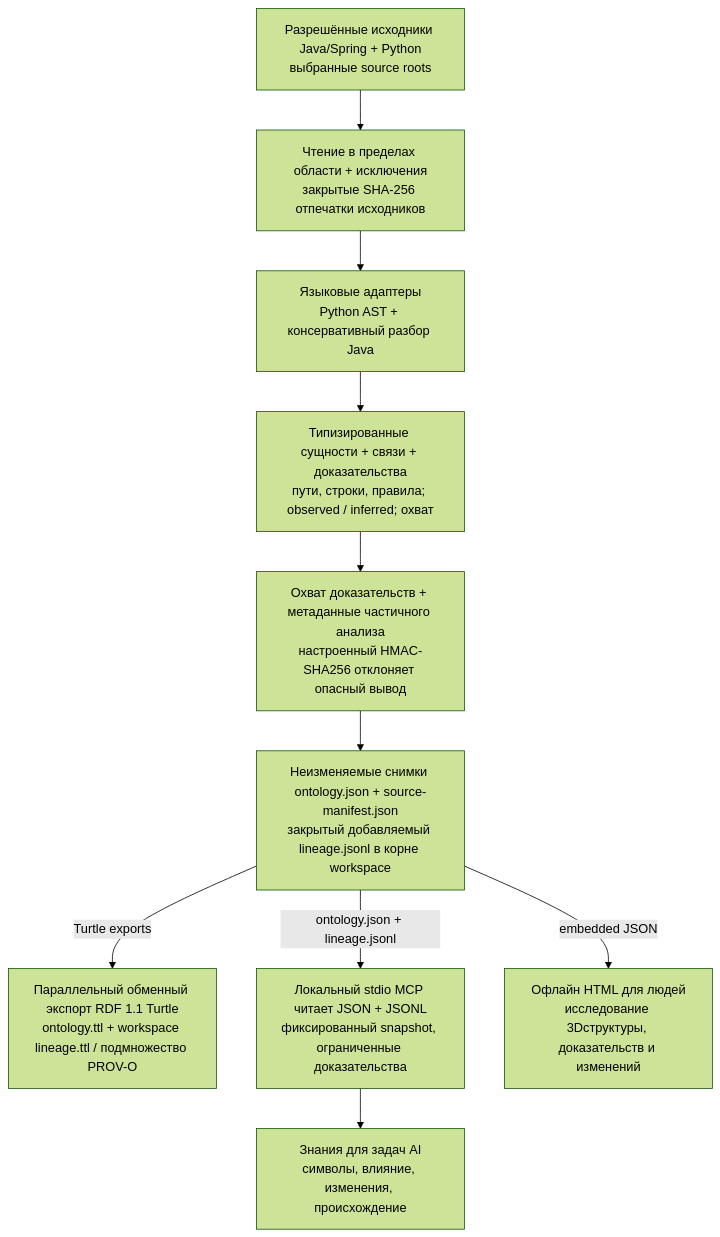
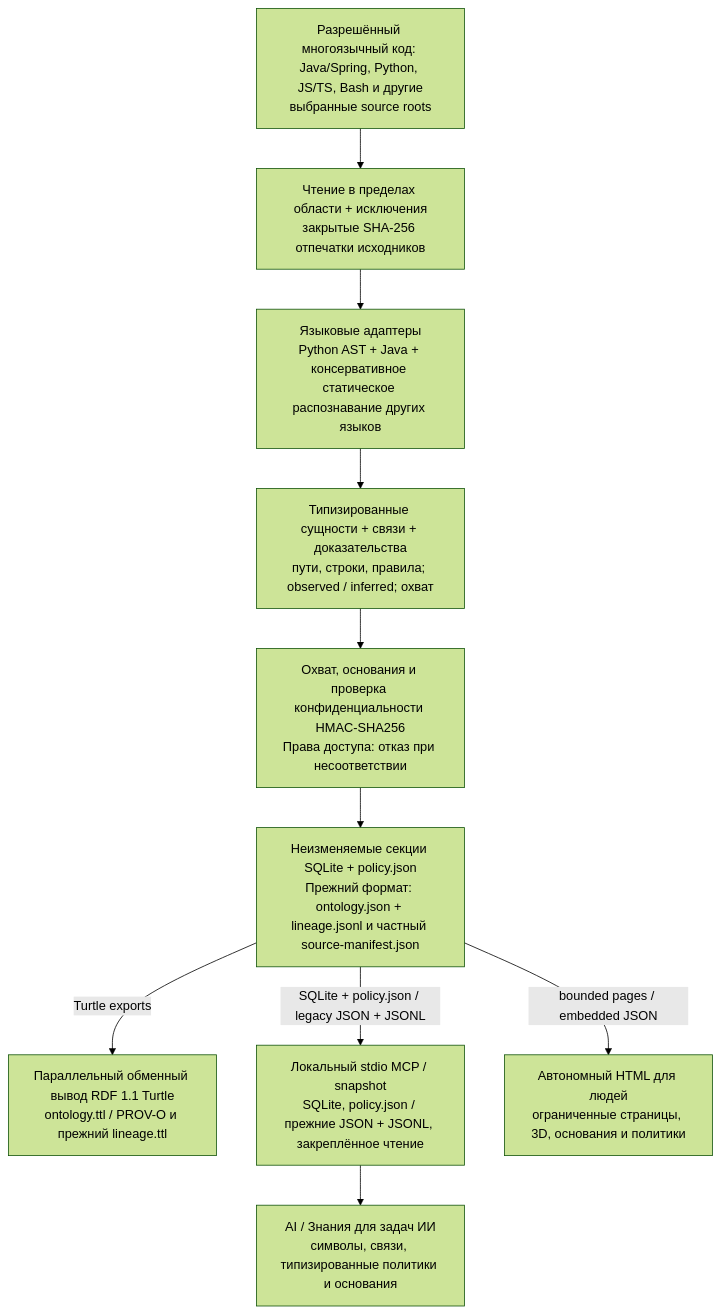
Before and after one commit to battle-doll/code-ontology-companion: the diagram in README.ru.md, drawn with Mermaid (forest theme). The commit also changed other lines of this file and 150 other files, not shown here.

Commit message:
Implement 0.9.0 bounded ontology pipeline and knowledge access controls

````diff
--- a/README.ru.md
+++ b/README.ru.md
@@ -23,22 +23,22 @@
 ```mermaid
 flowchart TB
-    source["Разрешённые исходники Java/Spring + Python<br/>выбранные source roots"]
+    source["Разрешённый многоязычный код: Java/Spring, Python, JS/TS, Bash и другие<br/>выбранные source roots"]
     scope["Чтение в пределах области + исключения<br/>закрытые SHA-256 отпечатки исходников"]
-    adapters["Языковые адаптеры<br/>Python AST + консервативный разбор Java"]
+    adapters["Языковые адаптеры<br/>Python AST + Java + консервативное статическое распознавание других языков"]
     evidence["Типизированные сущности + связи + доказательства<br/>пути, строки, правила; observed / inferred; охват"]
-    gate["Охват доказательств + метаданные частичного анализа<br/>настроенный HMAC-SHA256 отклоняет опасный вывод"]
-    snapshot["Неизменяемые снимки ontology.json + source-manifest.json<br/>закрытый добавляемый lineage.jsonl в корне workspace"]
-    rdf["Параллельный обменный экспорт RDF 1.1 Turtle<br/>ontology.ttl + workspace lineage.ttl / подмножество PROV-O"]
-    mcp["Локальный stdio MCP читает JSON + JSONL<br/>фиксированный snapshot, ограниченные доказательства"]
-    ai["Знания для задач AI<br/>символы, влияние, изменения, происхождение"]
-    human["Офлайн HTML для людей<br/>исследование 3Dструктуры, доказательств и изменений"]
+    gate["Охват, основания и проверка конфиденциальности HMAC-SHA256<br/>Права доступа: отказ при несоответствии"]
+    snapshot["Неизменяемые секции SQLite + policy.json<br/>Прежний формат: ontology.json + lineage.jsonl и частный source-manifest.json"]
+    rdf["Параллельный обменный вывод RDF 1.1 Turtle<br/>ontology.ttl / PROV-O и прежний lineage.ttl"]
+    mcp["Локальный stdio MCP / snapshot<br/>SQLite, policy.json / прежние JSON + JSONL, закреплённое чтение"]
+    ai["AI / Знания для задач ИИ<br/>символы, связи, типизированные политики и основания"]
+    human["Автономный HTML для людей<br/>ограниченные страницы, 3D, основания и политики"]
     source --> scope
     scope --> adapters
     adapters --> evidence
     evidence --> gate
     gate --> snapshot
     snapshot -->|Turtle exports| rdf
-    snapshot -->|ontology.json + lineage.jsonl| mcp
+    snapshot -->|SQLite + policy.json / legacy JSON + JSONL| mcp
     mcp --> ai
-    snapshot -->|embedded JSON| human
+    snapshot -->|bounded pages / embedded JSON| human
 ```
````
